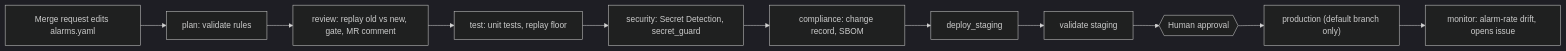
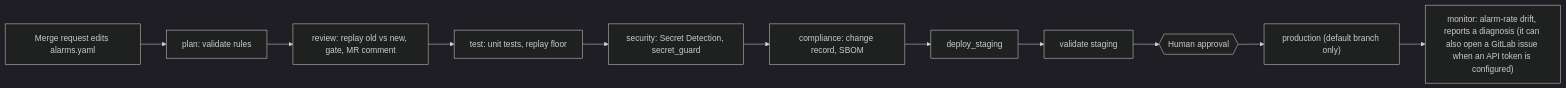
One commit to ToniGift/AlarmOps changed the second of 2 diagrams in README.md. Above: the diagram before and after it, drawn with Mermaid (dark theme). The commit also changed other lines of this file and 2 other files, not shown here.

Commit message:
Docs: six lifecycle stages with evidence column; monitor wording

````diff
--- a/README.md
+++ b/README.md
@@ -100,13 +100,13 @@
 ```mermaid
 flowchart LR
   MR["Merge request edits alarms.yaml"] --> PLAN["plan: validate rules"]
   PLAN --> REVIEW["review: replay old vs new, gate, MR comment"]
   REVIEW --> TEST["test: unit tests, replay floor"]
   TEST --> SEC["security: Secret Detection, secret_guard"]
   SEC --> COMP["compliance: change record, SBOM"]
   COMP --> STG["deploy_staging"]
   STG --> VAL["validate staging"]
   VAL --> HUMAN{{"Human approval"}}
   HUMAN --> PROD["production (default branch only)"]
-  PROD --> MON["monitor: alarm-rate drift, opens issue"]
+  PROD --> MON["monitor: alarm-rate drift, reports a diagnosis (it can also open a GitLab issue when an API token is configured)"]
 ```
````
